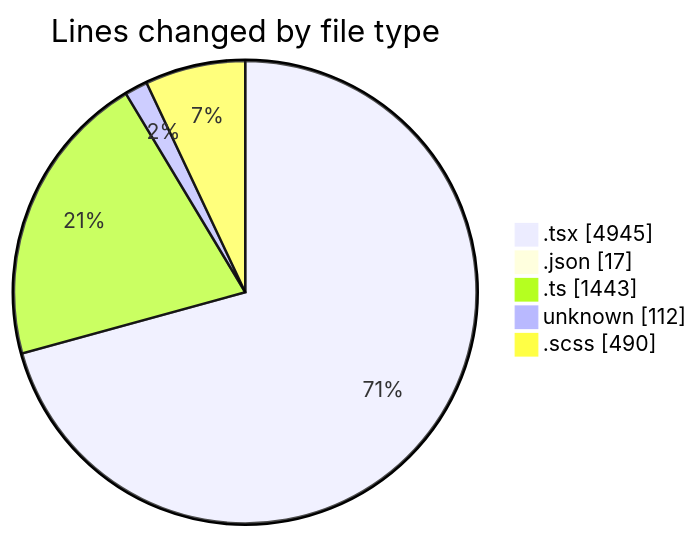
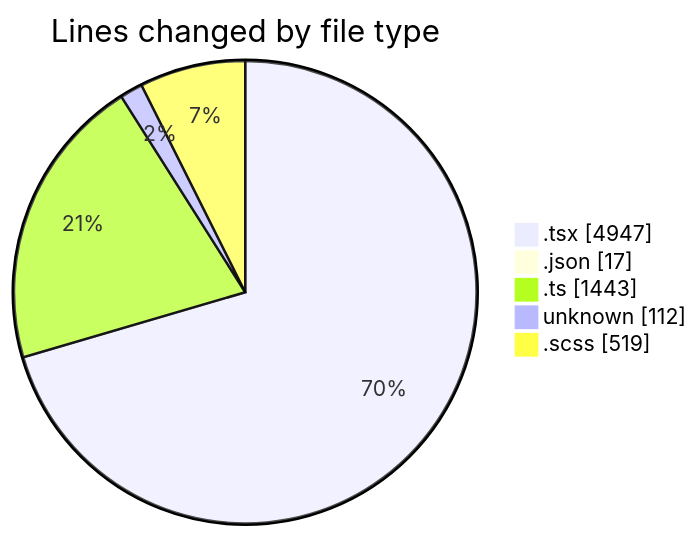
One commit to momahboobian/code-tracking changed the first of 2 diagrams in 2026-04-30/cda/README.md. Above: the diagram before and after it, drawn with Mermaid. The commit also changed other lines of this file and 1 other file, not shown here.

````diff
--- a/2026-04-30/cda/README.md
+++ b/2026-04-30/cda/README.md
@@ -69,9 +69,9 @@
 ```mermaid
 pie showData
 title Lines changed by file type
-".tsx" : 4945
+".tsx" : 4947
 ".json" : 17
 ".ts" : 1443
 "unknown" : 112
-".scss" : 490
+".scss" : 519
 ```
````
